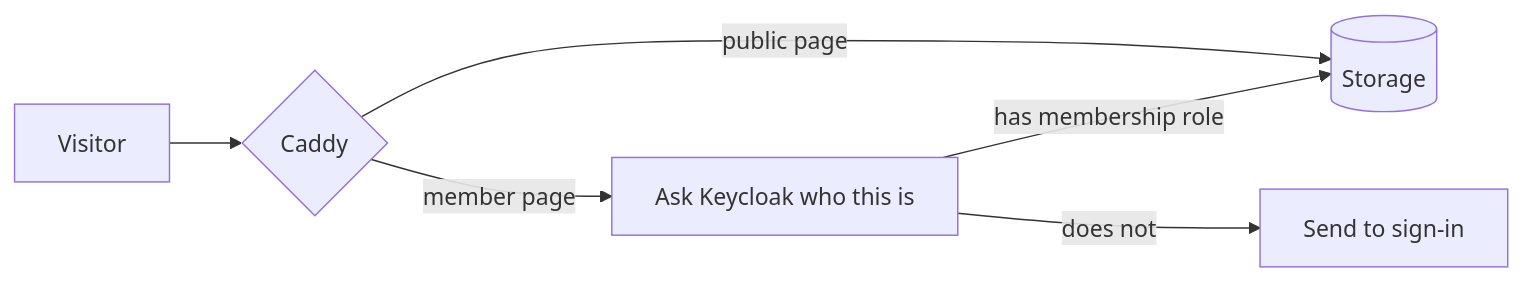
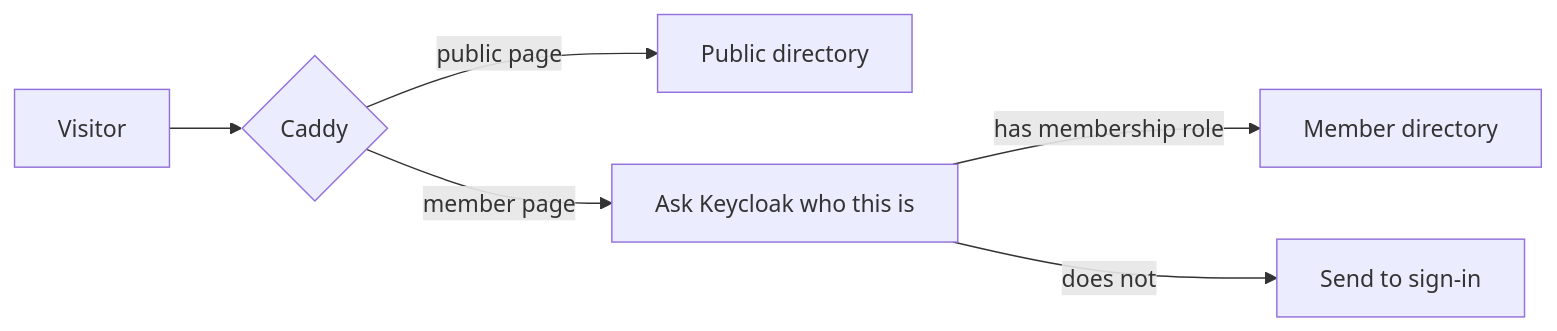
Before and after one commit to rvirtaha/prodeko-hack: the third of 4 diagrams in docs/superpowers/specs/2026-09-18-prodeko-git-cms-design.md, drawn with Mermaid. The commit also changed other lines of this file and 2 other files, not shown here.

First line of the commit message:
Serve the built site from disk instead of object storage

````diff
--- a/docs/superpowers/specs/2026-09-18-prodeko-git-cms-design.md
+++ b/docs/superpowers/specs/2026-09-18-prodeko-git-cms-design.md
@@ -150,8 +154,8 @@
 ```mermaid
 flowchart LR
     V[Visitor] --> C{Caddy}
-    C -->|public page| S[(Storage)]
+    C -->|public page| S[Public directory]
     C -->|member page| K[Ask Keycloak who this is]
-    K -->|has membership role| S
+    K -->|has membership role| M[Member directory]
     K -->|does not| X[Send to sign-in]
 ```
````
